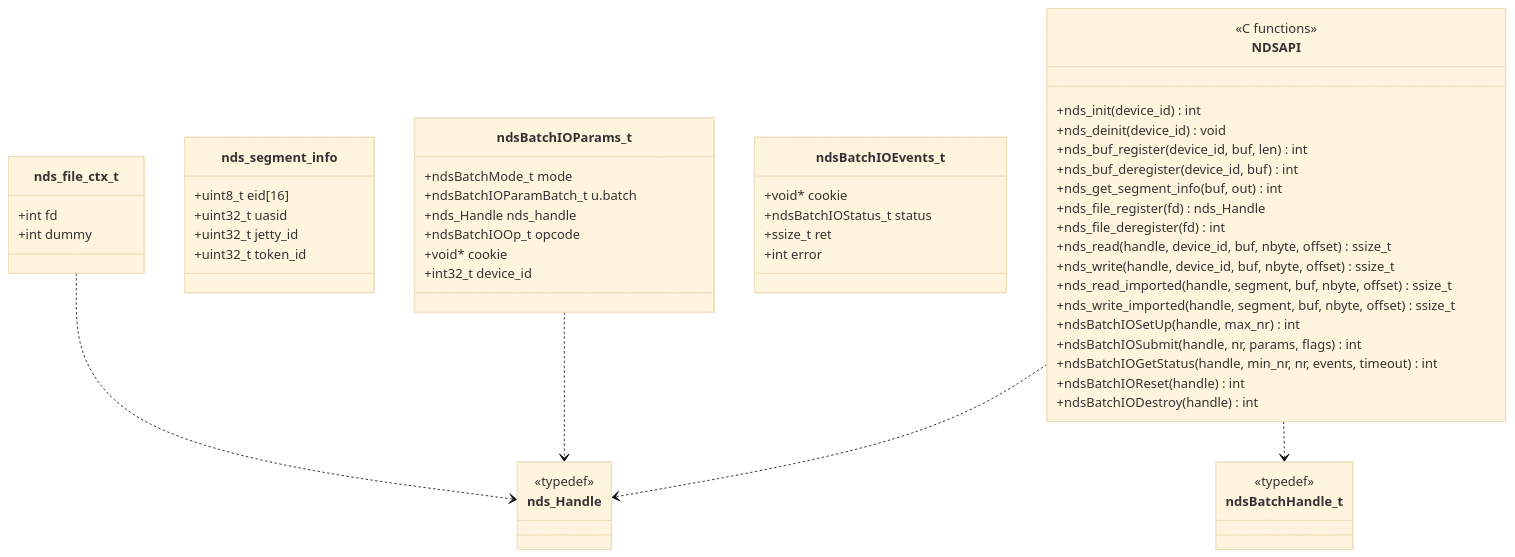
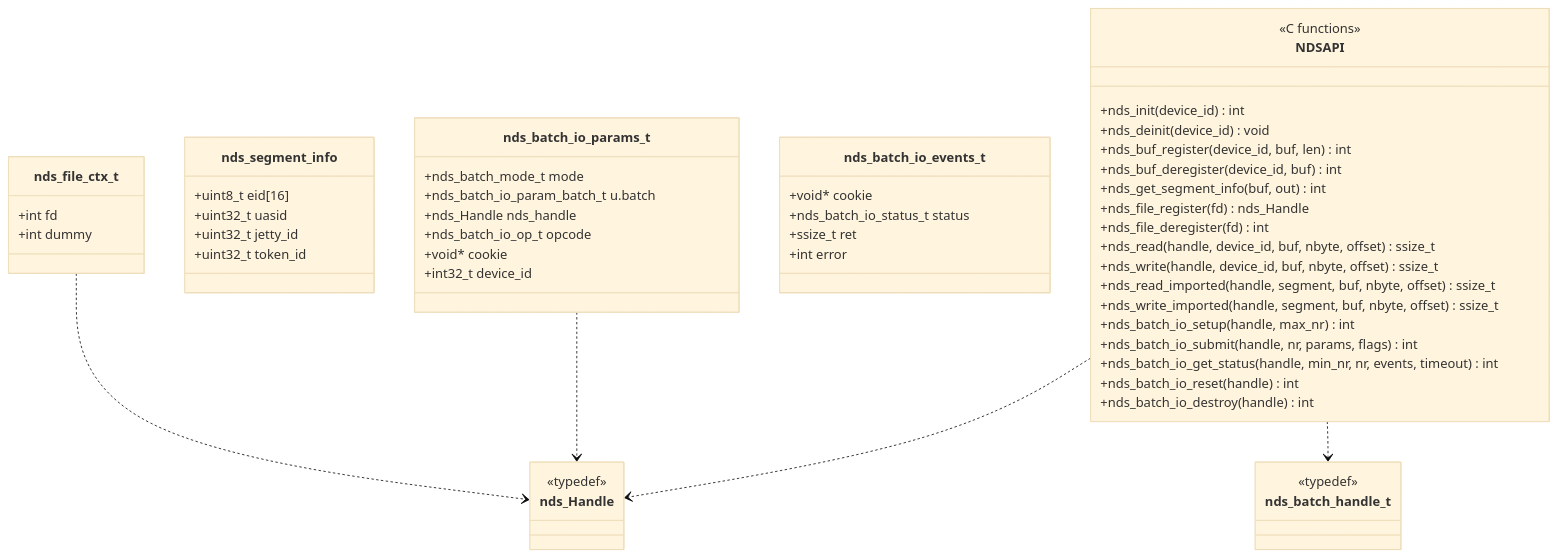
The fourth of 17 diagrams in docs/rfc-nds-nvmeof-transport-cn.md (yz53665/Mooncake), drawn with Mermaid (base theme) before and after one commit. The commit also changed other lines of this file, not shown here.

````diff
--- a/docs/rfc-nds-nvmeof-transport-cn.md
+++ b/docs/rfc-nds-nvmeof-transport-cn.md
@@ -207,56 +210,56 @@
 ```mermaid
 classDiagram
     class nds_file_ctx_t {
         +int fd
         +int dummy
     }
     class nds_Handle {
         <<typedef>>
     }
-    class ndsBatchHandle_t {
+    class nds_batch_handle_t {
         <<typedef>>
     }
     class nds_segment_info {
         +uint8_t eid[16]
         +uint32_t uasid
         +uint32_t jetty_id
         +uint32_t token_id
     }
-    class ndsBatchIOParams_t {
-        +ndsBatchMode_t mode
-        +ndsBatchIOParamBatch_t u.batch
+    class nds_batch_io_params_t {
+        +nds_batch_mode_t mode
+        +nds_batch_io_param_batch_t u.batch
         +nds_Handle nds_handle
-        +ndsBatchIOOp_t opcode
+        +nds_batch_io_op_t opcode
         +void* cookie
         +int32_t device_id
     }
-    class ndsBatchIOEvents_t {
+    class nds_batch_io_events_t {
         +void* cookie
-        +ndsBatchIOStatus_t status
+        +nds_batch_io_status_t status
         +ssize_t ret
         +int error
     }
     class NDSAPI {
         <<C functions>>
         +nds_init(device_id) int
         +nds_deinit(device_id) void
         +nds_buf_register(device_id, buf, len) int
         +nds_buf_deregister(device_id, buf) int
         +nds_get_segment_info(buf, out) int
         +nds_file_register(fd) nds_Handle
         +nds_file_deregister(fd) int
         +nds_read(handle, device_id, buf, nbyte, offset) ssize_t
         +nds_write(handle, device_id, buf, nbyte, offset) ssize_t
         +nds_read_imported(handle, segment, buf, nbyte, offset) ssize_t
         +nds_write_imported(handle, segment, buf, nbyte, offset) ssize_t
-        +ndsBatchIOSetUp(handle, max_nr) int
-        +ndsBatchIOSubmit(handle, nr, params, flags) int
-        +ndsBatchIOGetStatus(handle, min_nr, nr, events, timeout) int
-        +ndsBatchIOReset(handle) int
-        +ndsBatchIODestroy(handle) int
+        +nds_batch_io_setup(handle, max_nr) int
+        +nds_batch_io_submit(handle, nr, params, flags) int
+        +nds_batch_io_get_status(handle, min_nr, nr, events, timeout) int
+        +nds_batch_io_reset(handle) int
+        +nds_batch_io_destroy(handle) int
     }
     nds_file_ctx_t ..> nds_Handle
-    ndsBatchIOParams_t ..> nds_Handle
+    nds_batch_io_params_t ..> nds_Handle
     NDSAPI ..> nds_Handle
-    NDSAPI ..> ndsBatchHandle_t
+    NDSAPI ..> nds_batch_handle_t
 ```
````
